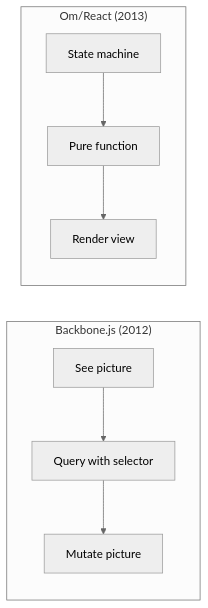
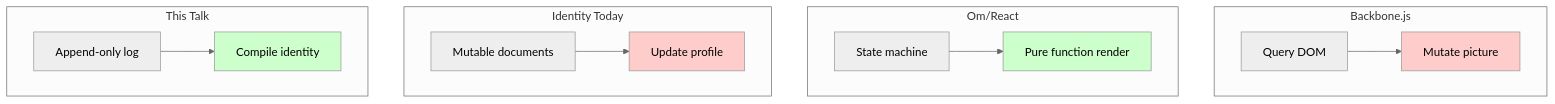
One commit to Synthetic-Identity-Co/conj-talk-2025 changed the fourth of 5 diagrams in conj-talk-2025.md. Above: the diagram before and after it, drawn with Mermaid (neutral theme). The commit also changed other lines of this file, not shown here.

````diff
--- a/conj-talk-2025.md
+++ b/conj-talk-2025.md
@@ -162,12 +301,23 @@
 ```mermaid
-graph LR
-    subgraph "Backbone.js (2012)"
-        A1[See picture] --> A2[Query with selector]
-        A2 --> A3[Mutate picture]
+graph TB
+    subgraph Backbone.js
+    B1[Query DOM] --> B2[Mutate picture]
     end
     
-    subgraph "Om/React (2013)"
-        B1[State machine] --> B2[Pure function]
-        B2 --> B3[Render view]
+    subgraph Om/React
+    O1[State machine] --> O2[Pure function render]
     end
+    
+    subgraph Identity Today
+    I1[Mutable documents] --> I2[Update profile]
+    end
+    
+    subgraph This Talk
+    T1[Append-only log] --> T2[Compile identity]
+    end
+    
+    style B2 fill:#ffcccc
+    style I2 fill:#ffcccc
+    style O2 fill:#ccffcc
+    style T2 fill:#ccffcc
 ```
````
